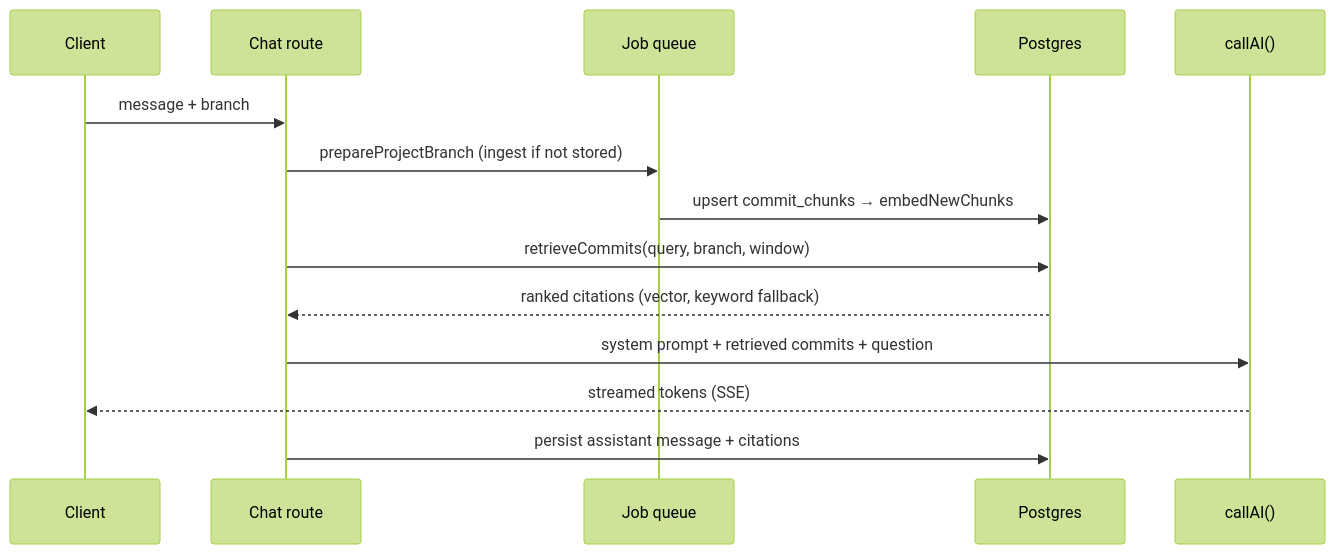
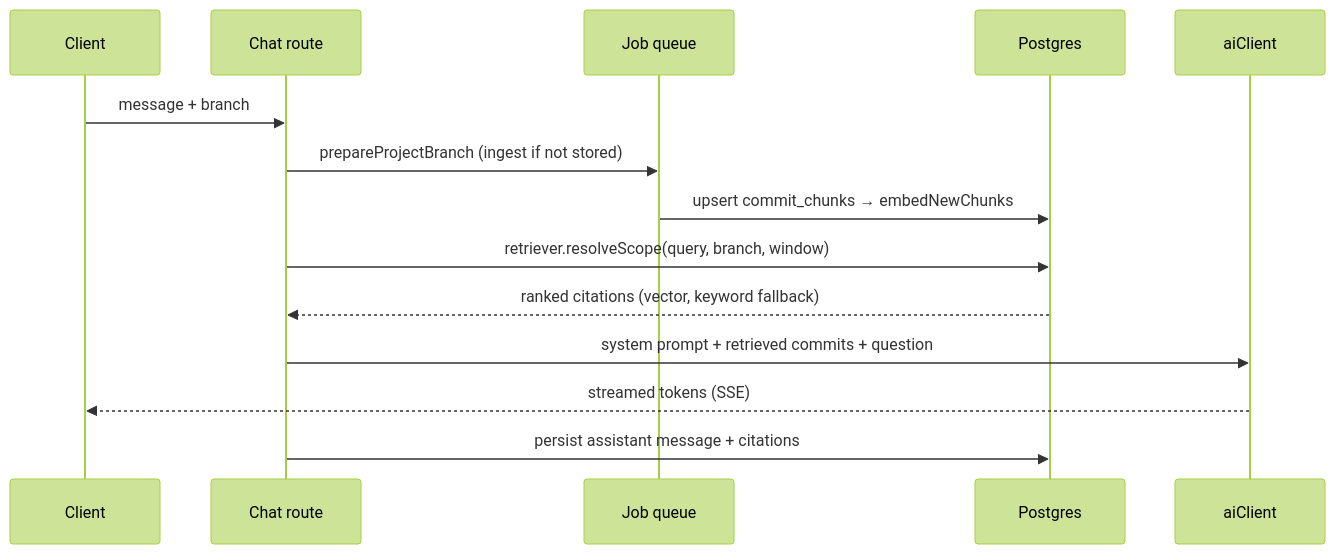
Before and after one commit to franciscoluna-28/Scrapecat: the second of 3 diagrams in docs/architecture.md, drawn with Mermaid (forest theme). The commit also changed other lines of this file and 1 other file, not shown here.

````diff
--- a/docs/architecture.md
+++ b/docs/architecture.md
@@ -33,17 +33,17 @@
 ```mermaid
 sequenceDiagram
     participant C as Client
     participant API as Chat route
     participant Q as Job queue
     participant DB as Postgres
-    participant LLM as callAI()
+    participant LLM as aiClient
 
     C->>API: message + branch
     API->>Q: prepareProjectBranch (ingest if not stored)
     Q->>DB: upsert commit_chunks → embedNewChunks
-    API->>DB: retrieveCommits(query, branch, window)
+    API->>DB: retriever.resolveScope(query, branch, window)
     DB-->>API: ranked citations (vector, keyword fallback)
     API->>LLM: system prompt + retrieved commits + question
     LLM-->>C: streamed tokens (SSE)
     API->>DB: persist assistant message + citations
 ```
````
